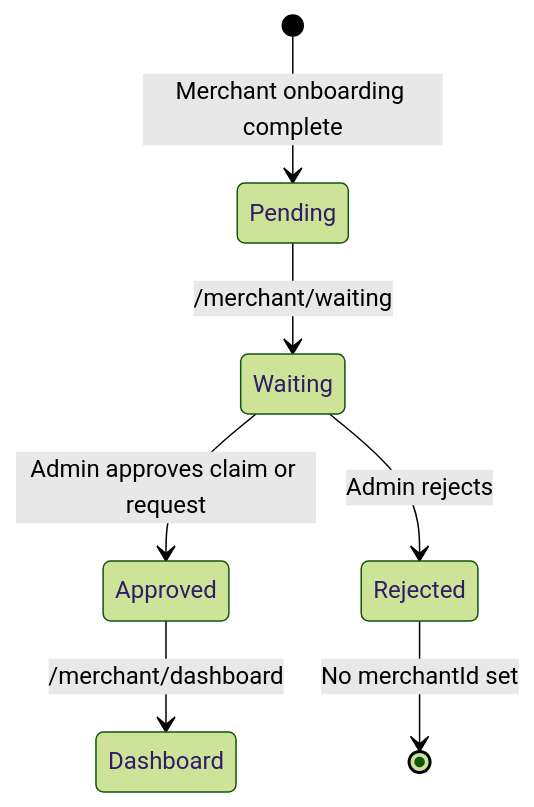
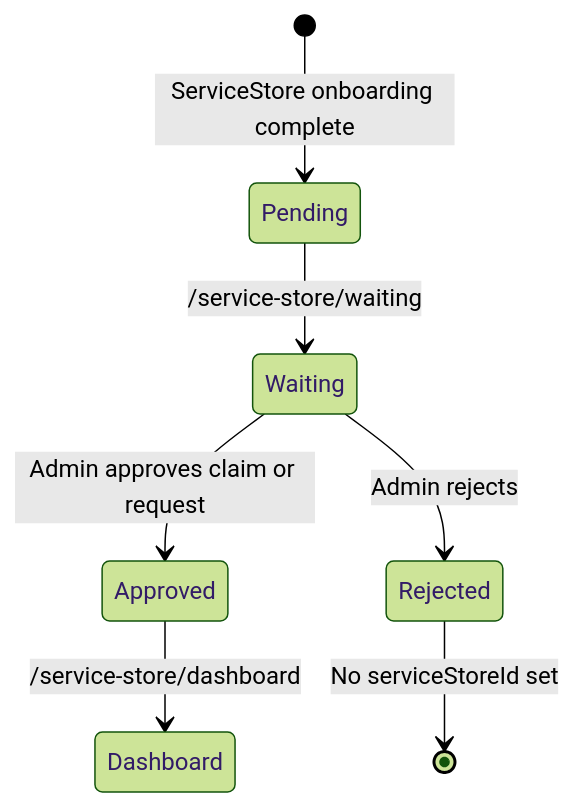
The second of 3 diagrams in docs/architecture/onboarding.md (plc-r-dev/autohub), drawn with Mermaid (forest theme) before and after one commit. The commit also changed other lines of this file and 286 other files, not shown here.

First line of the commit message:
refactor: complete merchant-to-ServiceStore rename and customer LIFF restructure

````diff
--- a/docs/architecture/onboarding.md
+++ b/docs/architecture/onboarding.md
@@ -138,9 +138,9 @@
 ```mermaid
 stateDiagram-v2
-  [*] --> Pending: Merchant onboarding complete
-  Pending --> Waiting: /merchant/waiting
+  [*] --> Pending: ServiceStore onboarding complete
+  Pending --> Waiting: /service-store/waiting
   Waiting --> Approved: Admin approves claim or request
   Waiting --> Rejected: Admin rejects
-  Approved --> Dashboard: /merchant/dashboard
-  Rejected --> [*]: No merchantId set
+  Approved --> Dashboard: /service-store/dashboard
+  Rejected --> [*]: No serviceStoreId set
 ```
````
